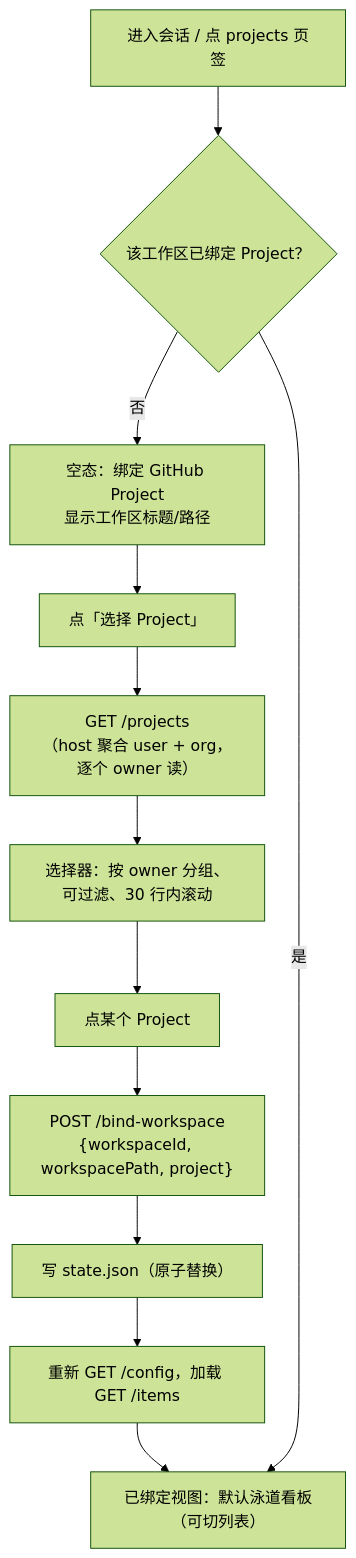
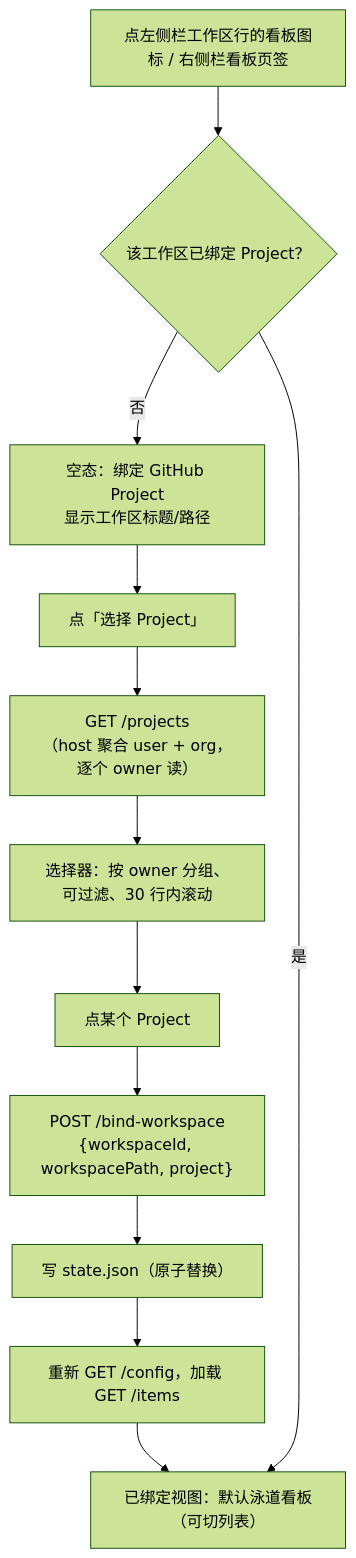
Before and after one commit to ceasarXuu/dsh-github-projects: the second of 8 diagrams in docs/DESIGN.zh.md, drawn with Mermaid (forest theme). The commit also changed other lines of this file and 36 other files, not shown here.

````diff
--- a/docs/DESIGN.zh.md
+++ b/docs/DESIGN.zh.md
@@ -329,14 +379,14 @@
 ```mermaid
 flowchart TD
-    A["进入会话 / 点 projects 页签"] --> B{"该工作区已绑定 Project？"}
+    A["点左侧栏工作区行的看板图标 / 右侧栏看板页签"] --> B{"该工作区已绑定 Project？"}
     B -- "否" --> C["空态：绑定 GitHub Project<br/>显示工作区标题/路径"]
     C --> D["点「选择 Project」"]
     D --> E["GET /projects<br/>（host 聚合 user + org，逐个 owner 读）"]
     E --> F["选择器：按 owner 分组、可过滤、30 行内滚动"]
     F --> G["点某个 Project"]
     G --> H["POST /bind-workspace<br/>{workspaceId, workspacePath, project}"]
     H --> I["写 state.json（原子替换）"]
     I --> J["重新 GET /config，加载 GET /items"]
     J --> K["已绑定视图：默认泳道看板（可切列表）"]
     B -- "是" --> K
 ```
````
